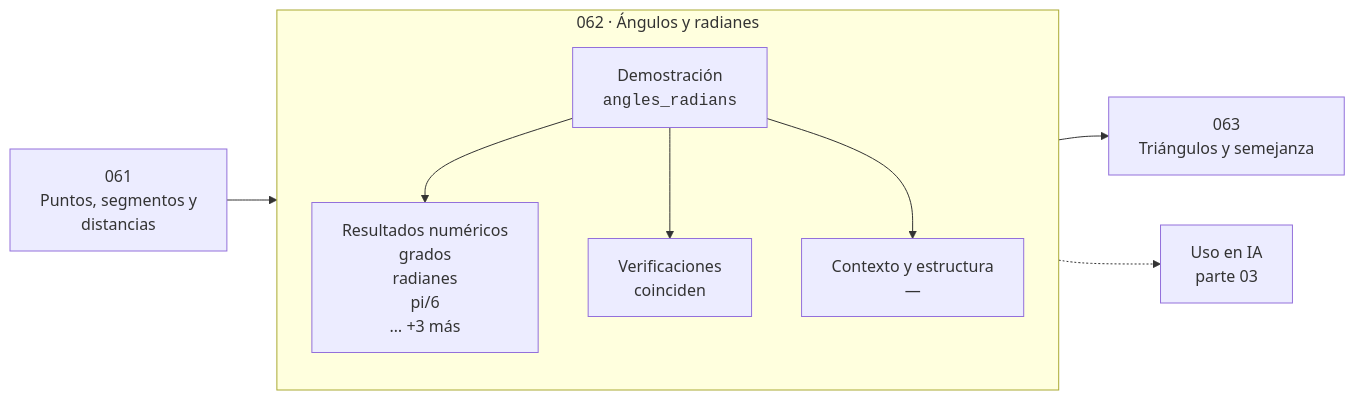
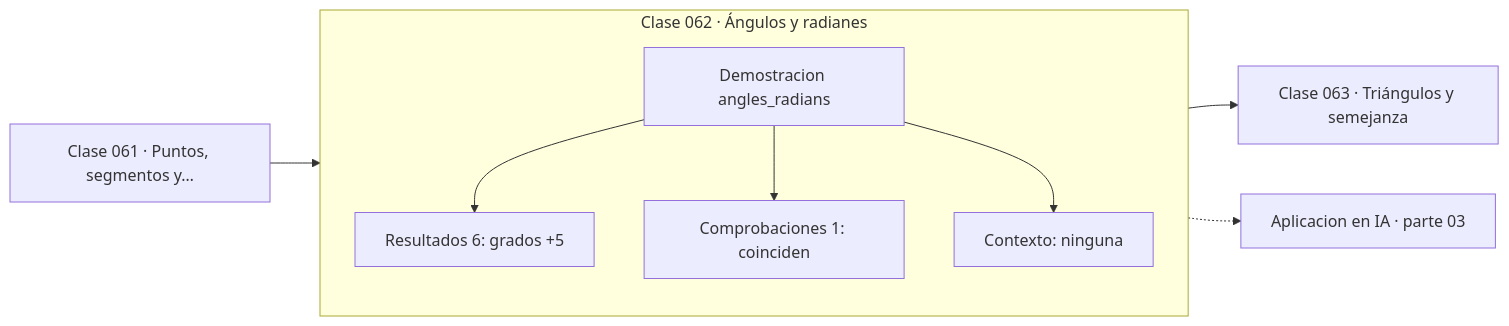
The diagram in classes/part-03-geometria-trigonometria-y-geometria-analitica/062-angulos-y-radianes/README.md (vladimiracunadev-create/computational-mathematics-program), drawn with Mermaid before and after one commit. The commit also changed 389 other files, not shown here.

First line of the commit message:
fix(diagramas): elimina el HTML de las etiquetas Mermaid

````diff
--- a/classes/part-03-geometria-trigonometria-y-geometria-analitica/062-angulos-y-radianes/README.md
+++ b/classes/part-03-geometria-trigonometria-y-geometria-analitica/062-angulos-y-radianes/README.md
@@ -36,12 +36,13 @@
 ```mermaid
 flowchart LR
-    P["061<br/>Puntos, segmentos y<br/>distancias"] --> C
-    subgraph C["062 · Ángulos y radianes"]
+    P["Clase 061 · Puntos, segmentos y…"] --> D
+    subgraph CLASE["Clase 062 · Ángulos y radianes"]
         direction TB
-        D["Demostración<br/><code>angles_radians</code>"] --> R["Resultados numéricos<br/>grados<br/>radianes<br/>pi/6<br/>… +3 más"]
-        D --> V["Verificaciones<br/>coinciden"]
-        D --> O["Contexto y estructura<br/>—"]
+        D["Demostracion angles_radians"]
+        D --> R["Resultados 6: grados +5"]
+        D --> V["Comprobaciones 1: coinciden"]
+        D --> O["Contexto: ninguna"]
     end
-    C --> N["063<br/>Triángulos y semejanza"]
-    C -.-> IA["Uso en IA<br/>parte 03"]
+    R --> N["Clase 063 · Triángulos y semejanza"]
+    V -.-> IA["Aplicacion en IA · parte 03"]
 ```
````
